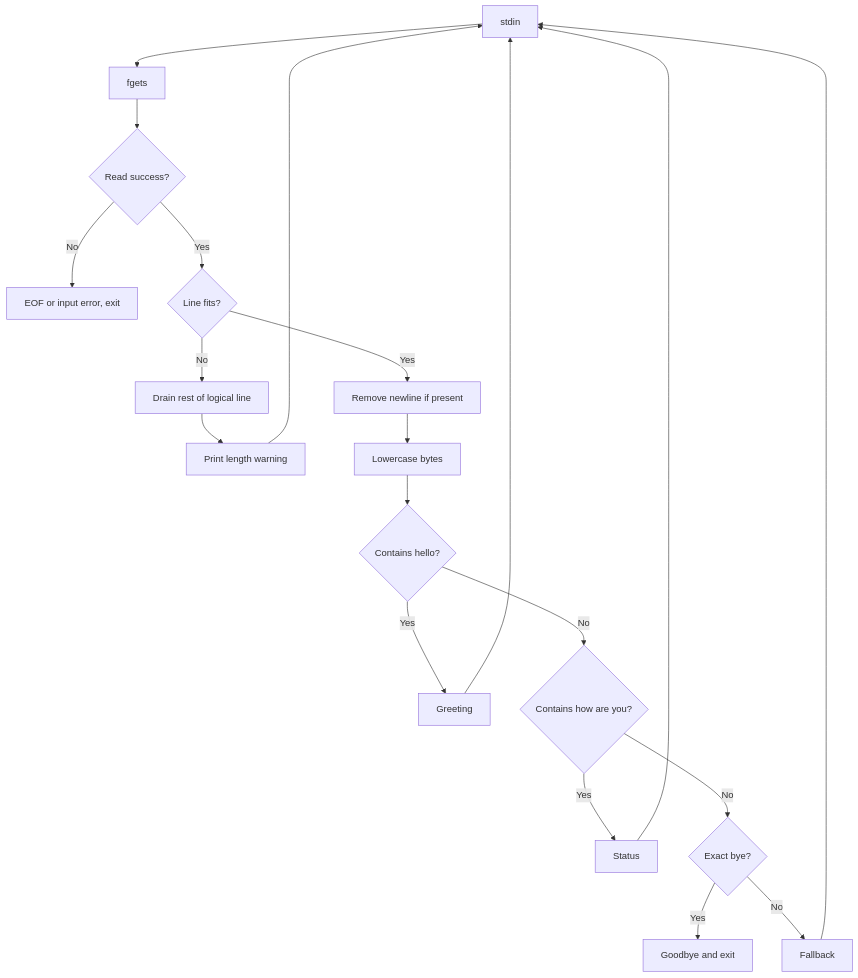
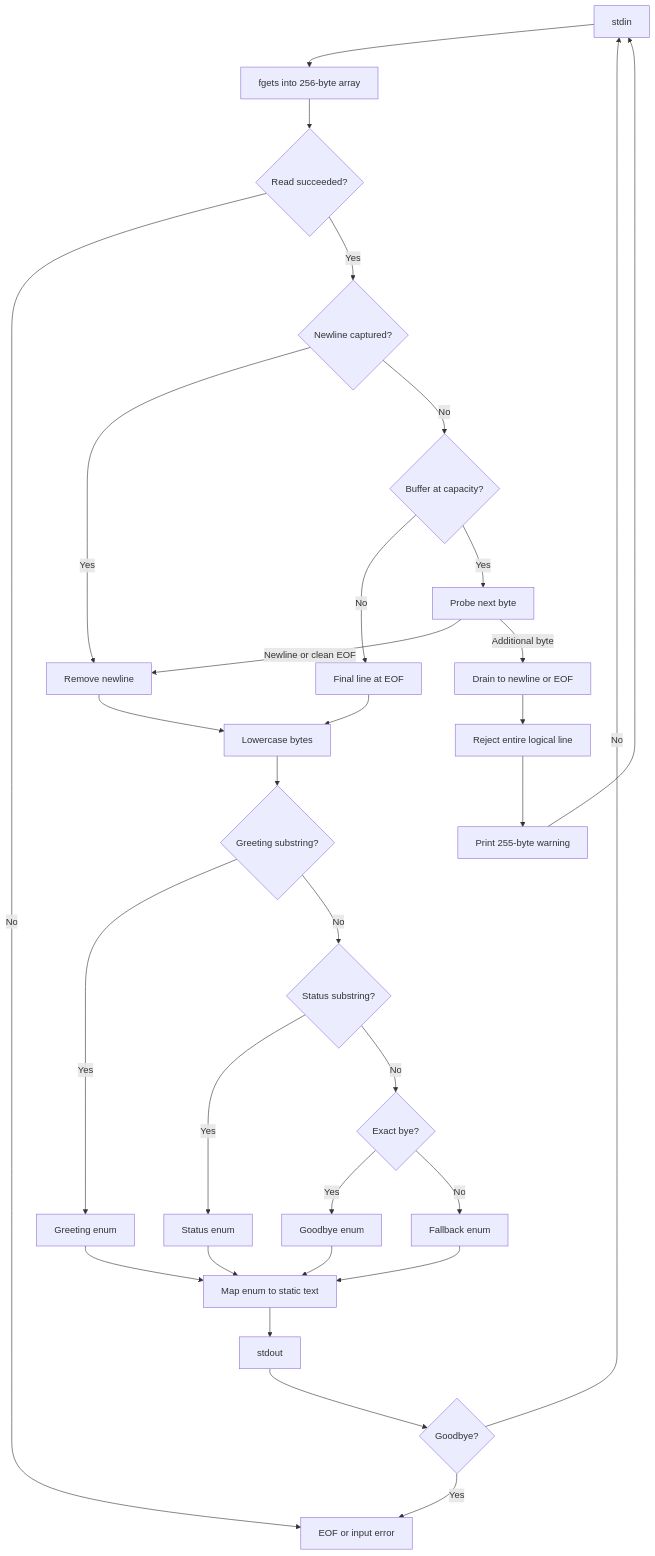
One commit to Brajesh31/chatbot-C- changed the third of 3 diagrams in docs/data-flow.md. Above: the diagram before and after it, drawn with Mermaid. The commit also changed other lines of this file and 4 other files, not shown here.

Commit message:
Expand architecture, data flow, security and maintenance documentation

```diff
--- a/docs/data-flow.md
+++ b/docs/data-flow.md
@@ -34,22 +39,33 @@
 ~~~mermaid
 flowchart TD
- A[stdin] --> B[fgets]
- B --> C{Read success?}
- C -->|No| X[EOF or input error, exit]
- C -->|Yes| D{Line fits?}
- D -->|No| E[Drain rest of logical line]
- E --> F[Print length warning]
- F --> A
- D -->|Yes| G[Remove newline if present]
- G --> H[Lowercase bytes]
- H --> I{Contains hello?}
- I -->|Yes| J[Greeting]
- I -->|No| K{Contains how are you?}
- K -->|Yes| L[Status]
- K -->|No| M{Exact bye?}
- M -->|Yes| N[Goodbye and exit]
- M -->|No| O[Fallback]
- J --> A
- L --> A
- O --> A
+ A[stdin] --> B[fgets into 256-byte array]
+ B --> C{Read succeeded?}
+ C -->|No| X[EOF or input error]
+ C -->|Yes| D{Newline captured?}
+ D -->|Yes| G[Remove newline]
+ D -->|No| E{Buffer at capacity?}
+ E -->|No| F[Final line at EOF]
+ E -->|Yes| H[Probe next byte]
+ H -->|Newline or clean EOF| G
+ H -->|Additional byte| I[Drain to newline or EOF]
+ I --> J[Reject entire logical line]
+ J --> K[Print 255-byte warning]
+ K --> A
+ G --> L[Lowercase bytes]
+ L --> M{Greeting substring?}
+ M -->|Yes| N[Greeting enum]
+ M -->|No| O{Status substring?}
+ O -->|Yes| P[Status enum]
+ O -->|No| Q{Exact bye?}
+ Q -->|Yes| R[Goodbye enum]
+ Q -->|No| S[Fallback enum]
+ N --> T[Map enum to static text]
+ P --> T
+ R --> T
+ S --> T
+ T --> V[stdout]
+ V --> W{Goodbye?}
+ W -->|No| A
+ W -->|Yes| X
+ F --> L
 ~~~
```
